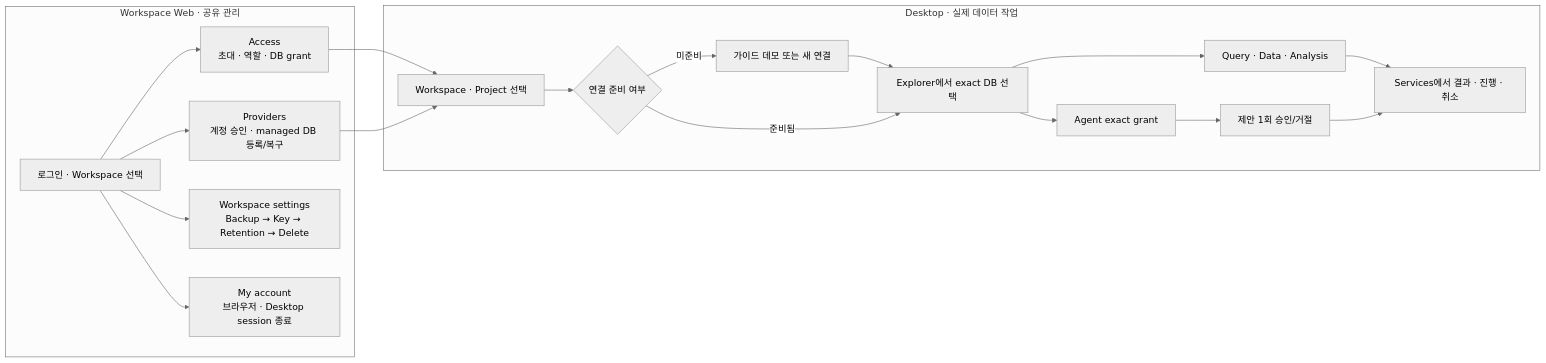
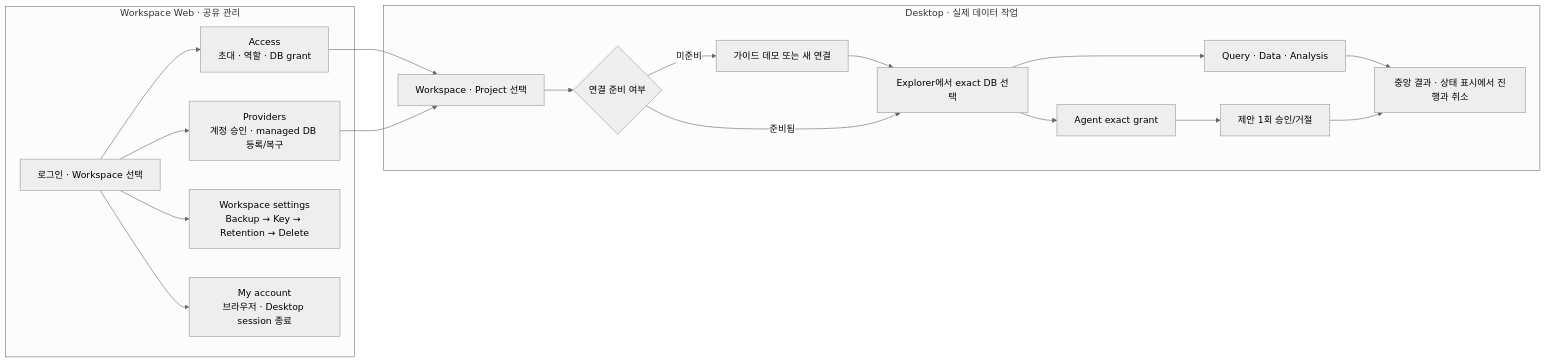
Before and after one commit to json-choi/dopedb: the diagram in docs/PRODUCT_UI_SCOPE.md, drawn with Mermaid (neutral theme). The commit also changed other lines of this file and 30 other files, not shown here.

````diff
--- a/docs/PRODUCT_UI_SCOPE.md
+++ b/docs/PRODUCT_UI_SCOPE.md
@@ -27,33 +27,33 @@
 ```mermaid
 flowchart LR
   subgraph Web[Workspace Web · 공유 관리]
     W0[로그인 · Workspace 선택]
     W1[Access<br/>초대 · 역할 · DB grant]
     W2[Providers<br/>계정 승인 · managed DB 등록/복구]
     W3[Workspace settings<br/>Backup → Key → Retention → Delete]
     W4[My account<br/>브라우저 · Desktop session 종료]
     W0 --> W1
     W0 --> W2
     W0 --> W3
     W0 --> W4
   end
 
   subgraph Desktop[Desktop · 실제 데이터 작업]
     D0[Workspace · Project 선택]
     D1{연결 준비 여부}
     D2[가이드 데모 또는 새 연결]
     D3[Explorer에서 exact DB 선택]
     D4[Query · Data · Analysis]
     D5[Agent exact grant]
     D6[제안 1회 승인/거절]
-    D7[Services에서 결과 · 진행 · 취소]
+    D7[중앙 결과 · 상태 표시에서 진행과 취소]
     D0 --> D1
     D1 -- 미준비 --> D2 --> D3
     D1 -- 준비됨 --> D3
     D3 --> D4 --> D7
     D3 --> D5 --> D6 --> D7
   end
 
   W1 --> D0
   W2 --> D0
 ```
````
